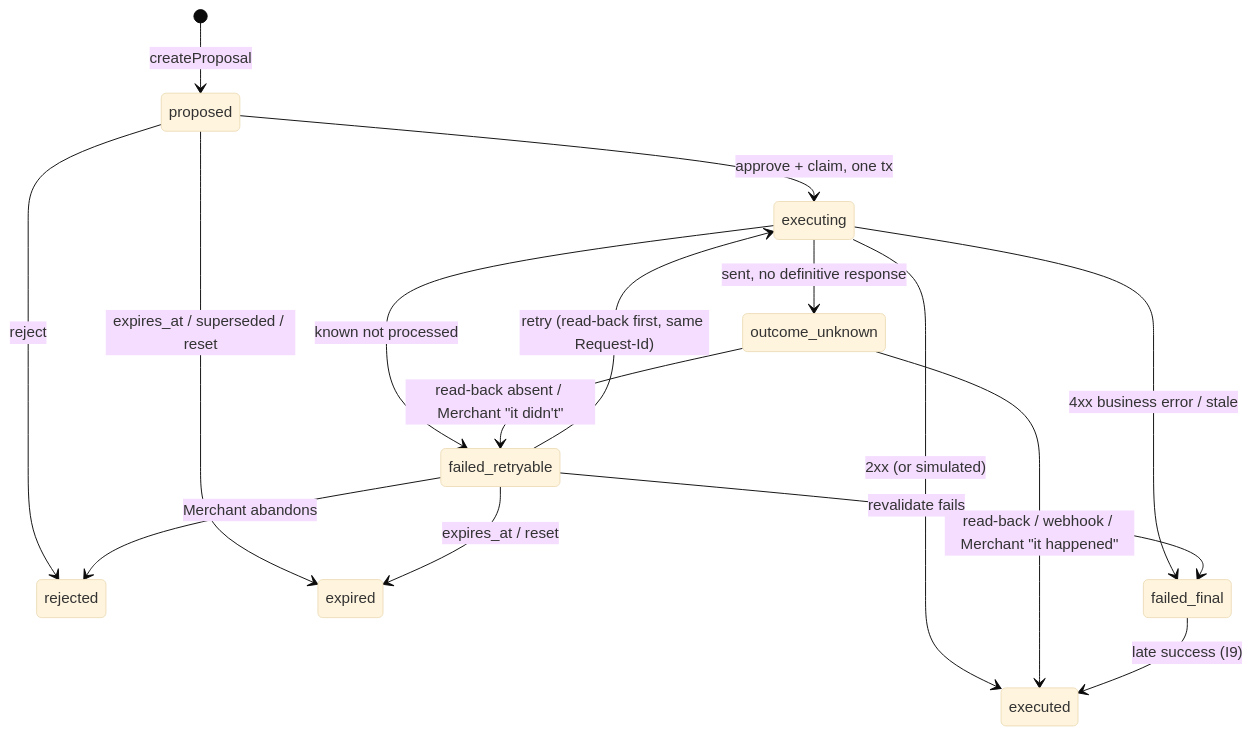
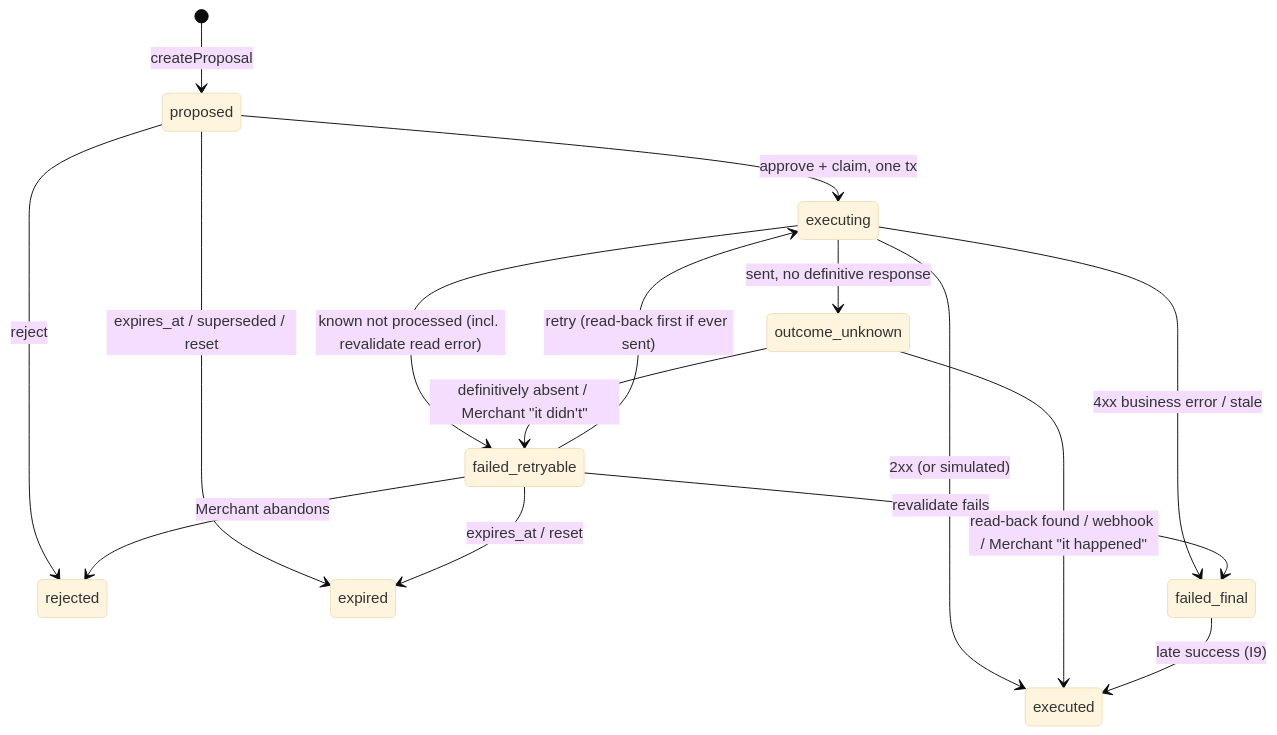
Before and after one commit to SebAustin/steward-merchant-copilot: the second of 2 diagrams in PLAN.md, drawn with Mermaid (base theme). The commit also changed other lines of this file and 2 other files, not shown here.

````diff
--- a/PLAN.md
+++ b/PLAN.md
@@ -182,18 +180,18 @@
 ```mermaid
 stateDiagram-v2
   [*] --> proposed: createProposal
   proposed --> executing: approve + claim, one tx
   proposed --> rejected: reject
   proposed --> expired: expires_at / superseded / reset
   executing --> executed: 2xx (or simulated)
-  executing --> failed_retryable: known not processed
+  executing --> failed_retryable: known not processed (incl. revalidate read error)
   executing --> failed_final: 4xx business error / stale
   executing --> outcome_unknown: sent, no definitive response
-  outcome_unknown --> executed: read-back / webhook / Merchant "it happened"
-  outcome_unknown --> failed_retryable: read-back absent / Merchant "it didn't"
-  failed_retryable --> executing: retry (read-back first, same Request-Id)
+  outcome_unknown --> executed: read-back found / webhook / Merchant "it happened"
+  outcome_unknown --> failed_retryable: definitively absent / Merchant "it didn't"
+  failed_retryable --> executing: retry (read-back first if ever sent)
   failed_retryable --> rejected: Merchant abandons
   failed_retryable --> expired: expires_at / reset
   failed_retryable --> failed_final: revalidate fails
   failed_final --> executed: late success (I9)
 ```
````
